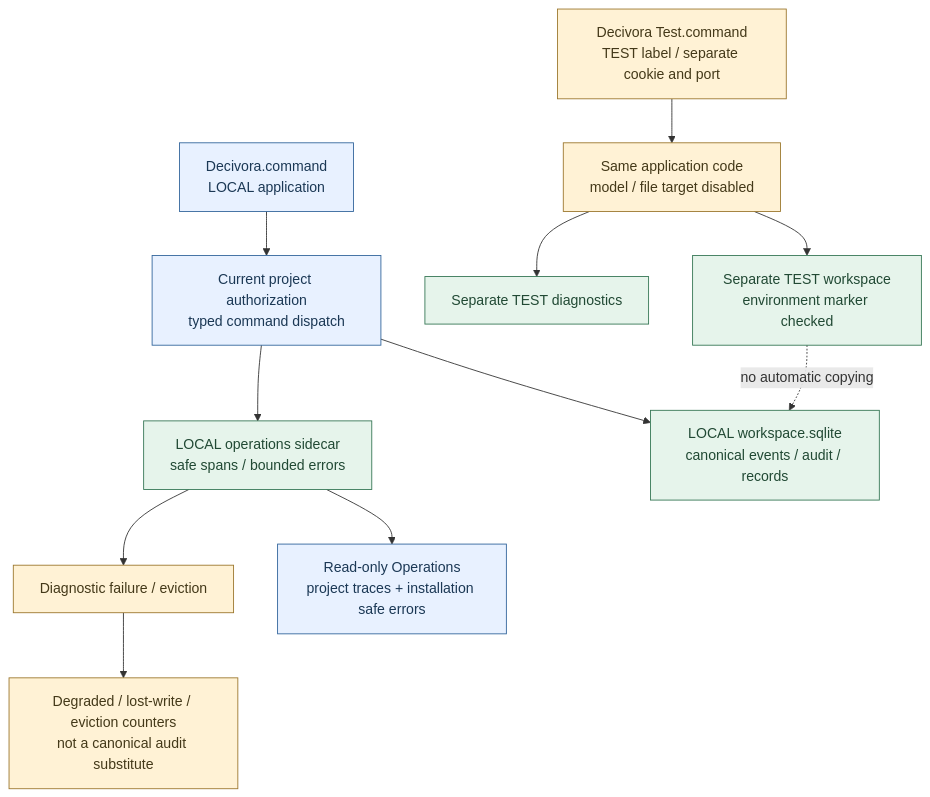
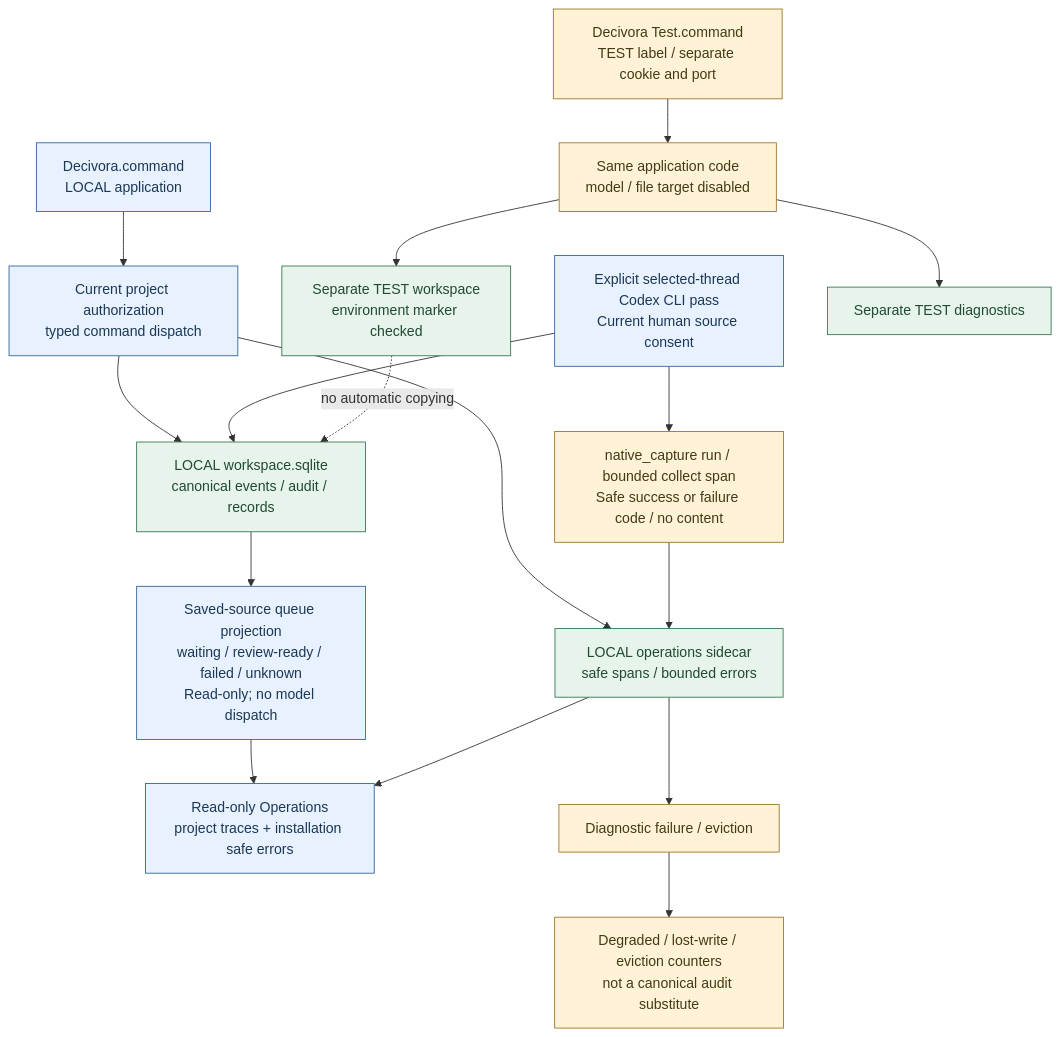
The first of 2 diagrams in docs/quality/operations-runtime.md (alphanAkbulut/decivora), drawn with Mermaid before and after one commit. The commit also changed other lines of this file and 24 other files, not shown here.

````diff
--- a/docs/quality/operations-runtime.md
+++ b/docs/quality/operations-runtime.md
@@ -38,21 +38,27 @@
 ```mermaid
 flowchart TB
   accTitle: Local operations and separate test data
   accDescr: One application serves each environment. Local commands write canonical data separately from safe operational diagnostics. Test uses its own data, session and port and disables model and file-target connections.
   L["Decivora.command<br/>LOCAL application"] --> LC["Current project authorization<br/>typed command dispatch"]
   LC --> LD["LOCAL workspace.sqlite<br/>canonical events / audit / records"]
   LC --> LT["LOCAL operations sidecar<br/>safe spans / bounded errors"]
+  NC["Explicit selected-thread Codex CLI pass<br/>Current human source consent"] --> NR["native_capture run / bounded collect span<br/>Safe success or failure code / no content"]
+  NR --> LT
+  NC --> LD
+  LD --> CQ["Saved-source queue projection<br/>waiting / review-ready / failed / unknown<br/>Read-only; no model dispatch"]
+  CQ --> LV
   LT --> LV["Read-only Operations<br/>project traces + installation safe errors"]
   T["Decivora Test.command<br/>TEST label / separate cookie and port"] --> TC["Same application code<br/>model / file target disabled"]
   TC --> TD["Separate TEST workspace<br/>environment marker checked"]
   TC --> TT["Separate TEST diagnostics"]
   TD -. no automatic copying .-> LD
   X["Diagnostic failure / eviction"] --> V["Degraded / lost-write / eviction counters<br/>not a canonical audit substitute"]
   LT --> X
   classDef app fill:#e8f1ff,stroke:#31649b,color:#1b3855;
   classDef data fill:#e6f4eb,stroke:#357654,color:#214934;
   classDef guard fill:#fff2d5,stroke:#9b762c,color:#443919;
-  class L,LC,LV app;
+  class L,LC,LV,NC,CQ app;
+  class NR guard;
   class LD,LT,TD,TT data;
   class T,TC,X,V guard;
 ```
````
